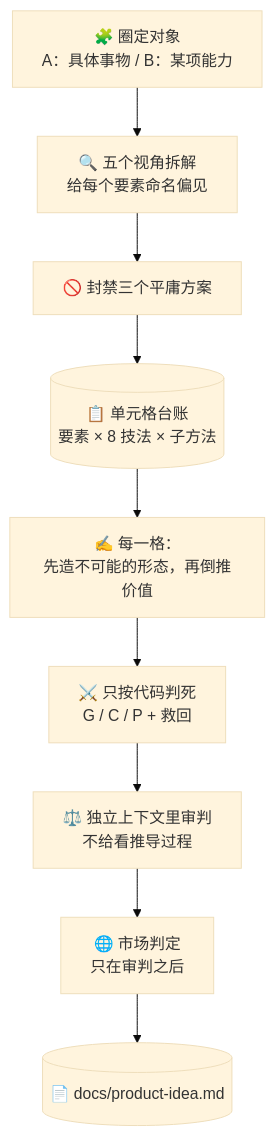
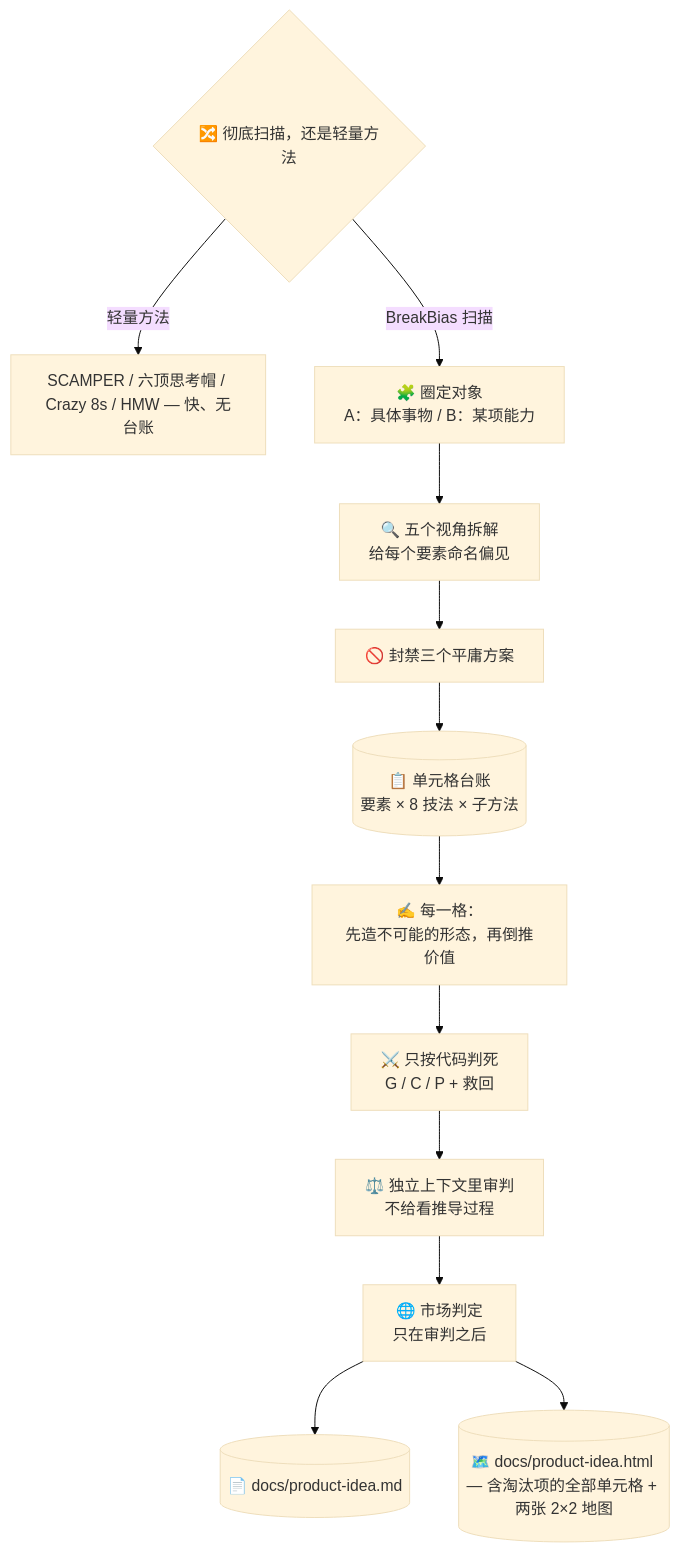
One commit to takaoumehara/superforge-skill changed the diagram in skills/superforge-brain/README.zh-CN.md. Above: the diagram before and after it, drawn with Mermaid (base theme). The commit also changed other lines of this file and 21 other files, not shown here.

First line of the commit message:
Give BreakBias a choice of method and full transparency; add landing-page design knowledge (#2)

````diff
--- a/skills/superforge-brain/README.zh-CN.md
+++ b/skills/superforge-brain/README.zh-CN.md
@@ -27,11 +27,14 @@
 ```mermaid
 flowchart TD
-    A[🧩 圈定对象<br/>A：具体事物 / B：某项能力] --> B[🔍 五个视角拆解<br/>给每个要素命名偏见]
+    Z{🔀 彻底扫描，还是轻量方法} -->|轻量方法| ZC[SCAMPER / 六顶思考帽 / Crazy 8s / HMW — 快、无台账]
+    Z -->|BreakBias 扫描| A[🧩 圈定对象<br/>A：具体事物 / B：某项能力]
+    A --> B[🔍 五个视角拆解<br/>给每个要素命名偏见]
     B --> C[🚫 封禁三个平庸方案]
     C --> D[(📋 单元格台账<br/>要素 × 8 技法 × 子方法)]
     D --> E[✍️ 每一格：<br/>先造不可能的形态，再倒推价值]
     E --> F[⚔️ 只按代码判死<br/>G / C / P + 救回]
     F --> G[⚖️ 独立上下文里审判<br/>不给看推导过程]
     G --> H[🌐 市场判定<br/>只在审判之后]
     H --> I[(📄 docs/product-idea.md)]
+    H --> J[(🗺️ docs/product-idea.html — 含淘汰项的全部单元格 + 两张 2×2 地图)]
 ```
````
